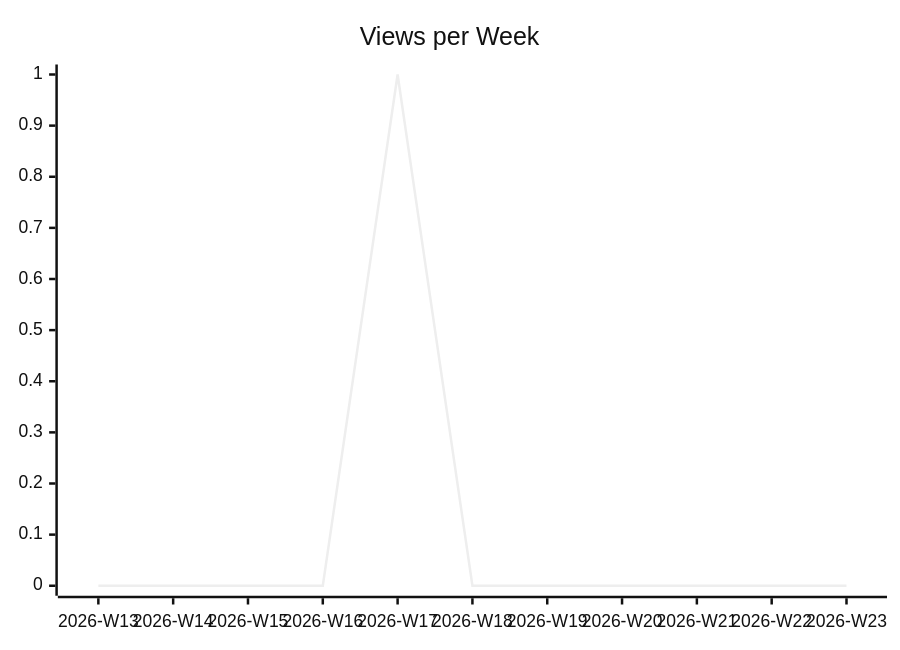
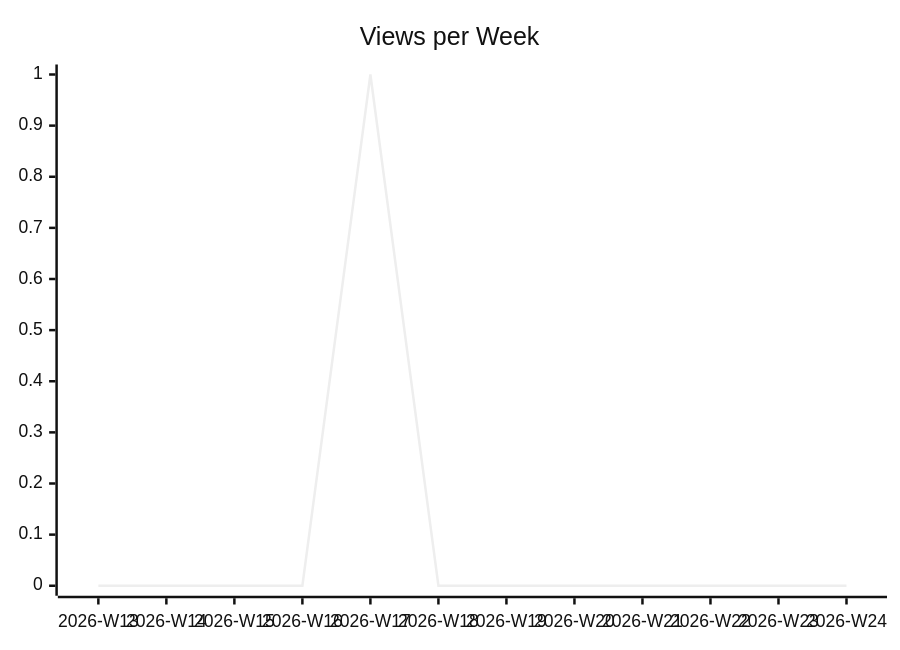
One commit to justdavis-family/github-analytics-data changed the second of 3 diagrams in karlmdavis/ansible-role-rcm-dotfiles/README.md. Above: the diagram before and after it, drawn with Mermaid (neutral theme). The commit also changed other lines of this file and 189 other files, not shown here.

````diff
--- a/karlmdavis/ansible-role-rcm-dotfiles/README.md
+++ b/karlmdavis/ansible-role-rcm-dotfiles/README.md
@@ -12,6 +12,6 @@
 ```mermaid
 xychart-beta
   title "Views per Week"
-  x-axis ["2026-W13", "2026-W14", "2026-W15", "2026-W16", "2026-W17", "2026-W18", "2026-W19", "2026-W20", "2026-W21", "2026-W22", "2026-W23"]
-  line [0, 0, 0, 0, 1, 0, 0, 0, 0, 0, 0]
+  x-axis ["2026-W13", "2026-W14", "2026-W15", "2026-W16", "2026-W17", "2026-W18", "2026-W19", "2026-W20", "2026-W21", "2026-W22", "2026-W23", "2026-W24"]
+  line [0, 0, 0, 0, 1, 0, 0, 0, 0, 0, 0, 0]
 ```
````
